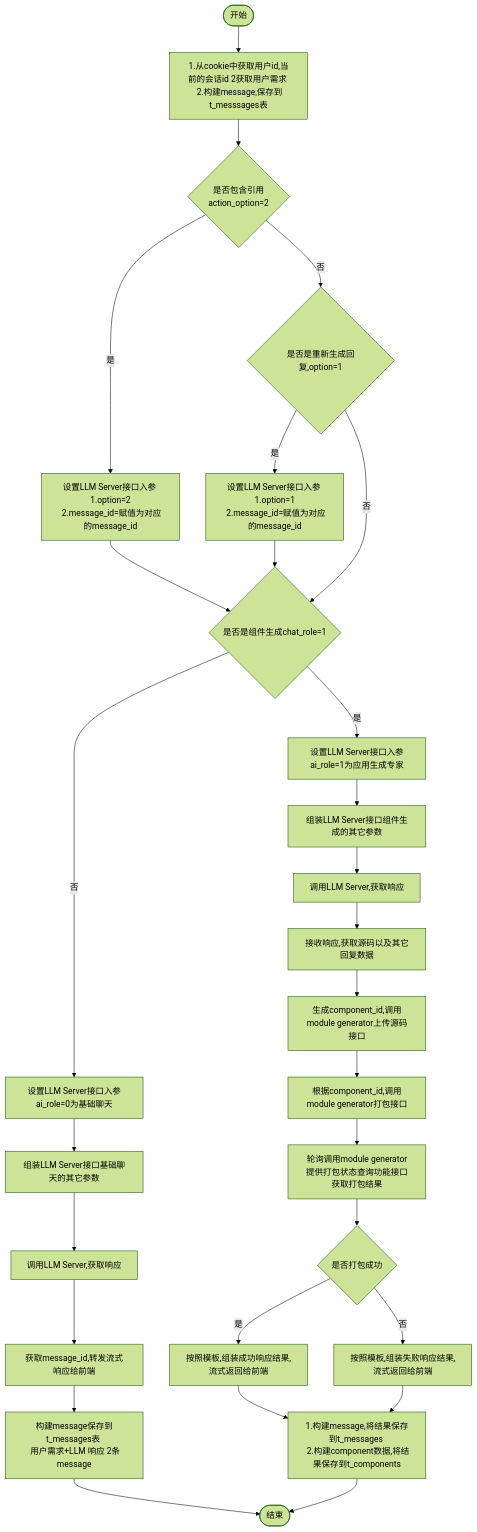
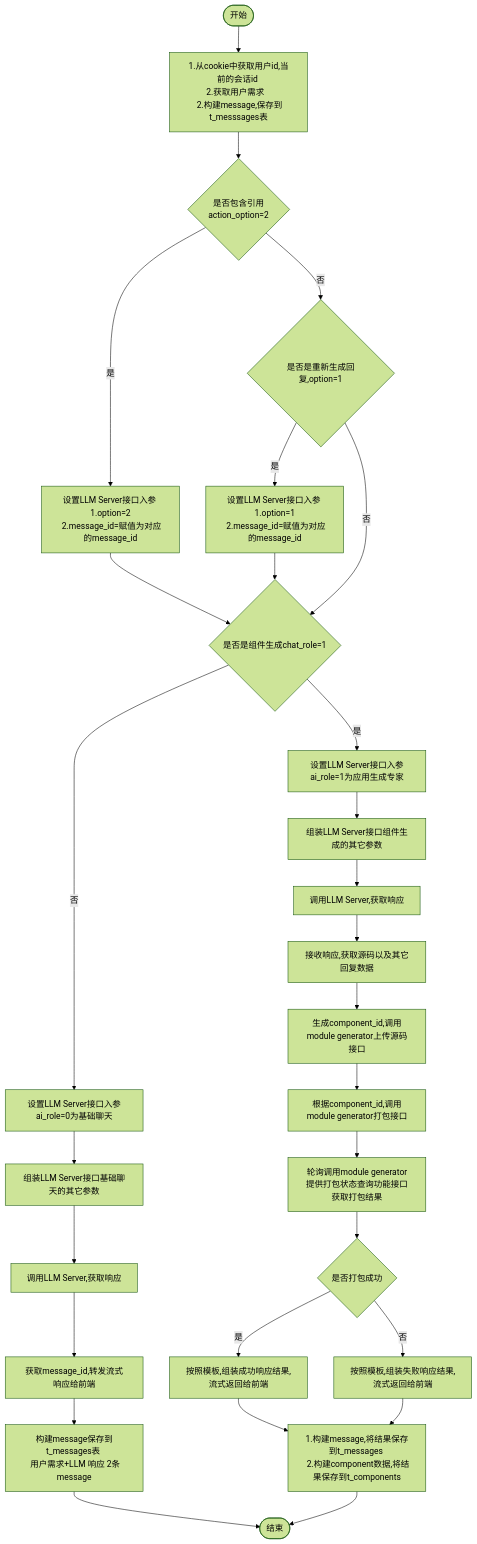
The diagram in all/w3-会话-不需要传递message.md (yingjianzh/iodraw-files), drawn with Mermaid (forest theme) before and after one commit.

Commit message:
2024-10-15 14:21:49 update

````diff
--- a/all/w3-会话-不需要传递message.md
+++ b/all/w3-会话-不需要传递message.md
@@ -1,34 +1,34 @@
 ```mermaid
 flowchart TD
-    A([开始]) --> B[1.从cookie中获取用户id,当前的会话id 2获取用户需求 \n 2.构建message,保存到t_messsages表]
+    A([开始]) --> B[1.从cookie中获取用户id,当前的会话id \n 2.获取用户需求    \n 2.构建message,保存到t_messsages表]
     B--> D{是否包含引用 \n action_option=2}
     D -- 是 --> E[设置LLM Server接口入参 \n 1.option=2 \n 2.message_id=赋值为对应的message_id]
     D -- 否 --> F{是否是重新生成回复,option=1}
     F -- 是 --> G[设置LLM Server接口入参 \n 1.option=1 \n 2.message_id=赋值为对应的message_id]
     F -- 否 --> I
      
     E & G --> I{是否是组件生成chat_role=1}
     I -- 否 --> K[设置LLM Server接口入参ai_role=0为基础聊天]
     I -- 是 --> J[设置LLM Server接口入参ai_role=1为应用生成专家]
     
 
     J --> L[组装LLM Server接口组件生成的其它参数]    
     K --> M[组装LLM Server接口基础聊天的其它参数]    
     M --> N[调用LLM Server,获取响应]    
     N --> O[获取message_id,转发流式响应给前端]
     O --> P[构建message保存到t_messages表 \n 用户需求+LLM 响应 2条message]
     P --> R([结束])
 
 
     L --> S[调用LLM Server,获取响应]
     S --> T[接收响应,获取源码以及其它回复数据]
     T --> U[生成component_id,调用module generator上传源码接口]
     U --> V[根据component_id,调用module generator打包接口]
     V --> W[轮询调用module generator提供打包状态查询功能接口获取打包结果]
     W --> X{是否打包成功}
     X -- 是 --> Y[按照模板,组装成功响应结果,流式返回给前端]
     X -- 否 --> Z[按照模板,组装失败响应结果,流式返回给前端]
 
     Y & Z --> Result[1.构建message,将结果保存到t_messages \n 2.构建component数据,将结果保存到t_components]
     Result --> R
 ```
````
